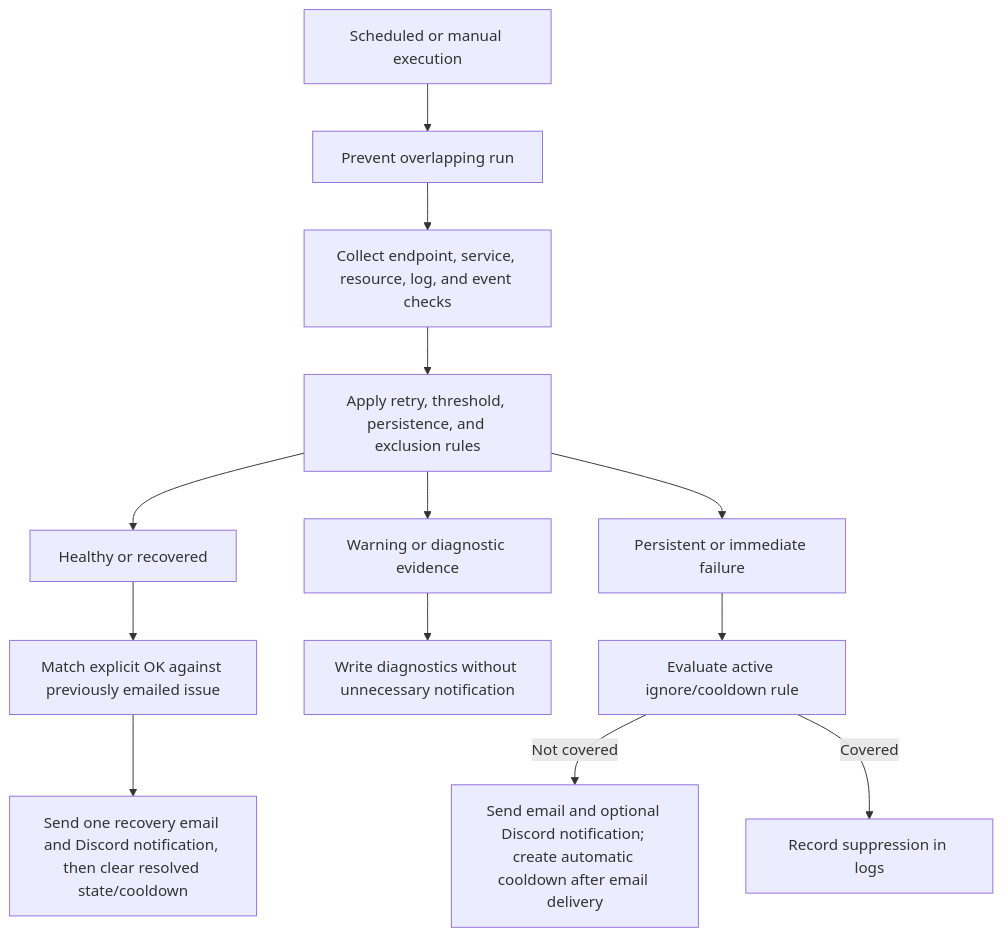
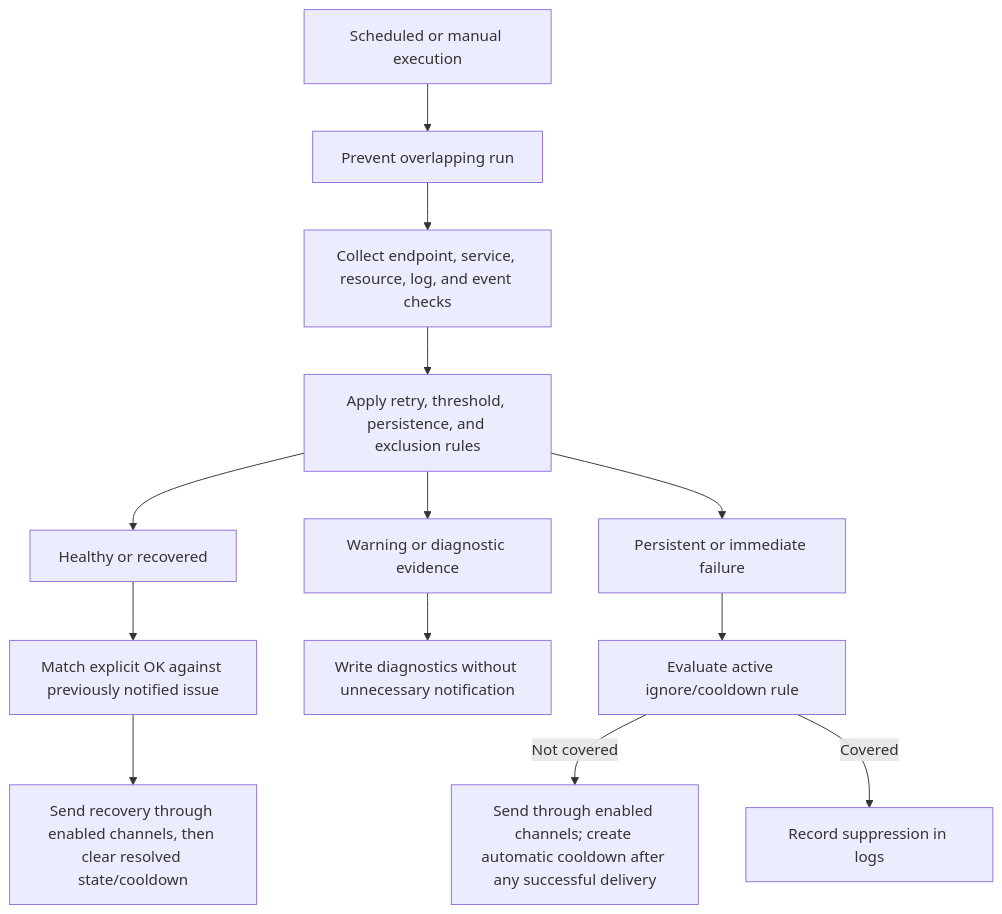
Before and after one commit to Khaled-barbar/IT_Tools_DB_Management_Server_Tools: the fourth of 5 diagrams in docs/02-technical-design.md, drawn with Mermaid. The commit also changed other lines of this file and 7 other files, not shown here.

Commit message:
Fix Discord alert cooldown and recovery state

````diff
--- a/docs/02-technical-design.md
+++ b/docs/02-technical-design.md
@@ -174,15 +174,15 @@
 ```mermaid
 flowchart TD
     Trigger["Scheduled or manual execution"] --> Lock["Prevent overlapping run"]
     Lock --> Collect["Collect endpoint, service, resource, log, and event checks"]
     Collect --> Evaluate["Apply retry, threshold, persistence, and exclusion rules"]
     Evaluate --> Healthy["Healthy or recovered"]
     Evaluate --> Degraded["Warning or diagnostic evidence"]
     Evaluate --> Failure["Persistent or immediate failure"]
-    Healthy --> Recovery["Match explicit OK against previously emailed issue"]
-    Recovery --> RunLog["Send one recovery email and Discord notification, then clear resolved state/cooldown"]
+    Healthy --> Recovery["Match explicit OK against previously notified issue"]
+    Recovery --> RunLog["Send recovery through enabled channels, then clear resolved state/cooldown"]
     Degraded --> ErrorLog["Write diagnostics without unnecessary notification"]
     Failure --> Ignore["Evaluate active ignore/cooldown rule"]
-    Ignore -->|Not covered| Email["Send email and optional Discord notification; create automatic cooldown after email delivery"]
+    Ignore -->|Not covered| Notify["Send through enabled channels; create automatic cooldown after any successful delivery"]
     Ignore -->|Covered| Logs["Record suppression in logs"]
 ```
````
